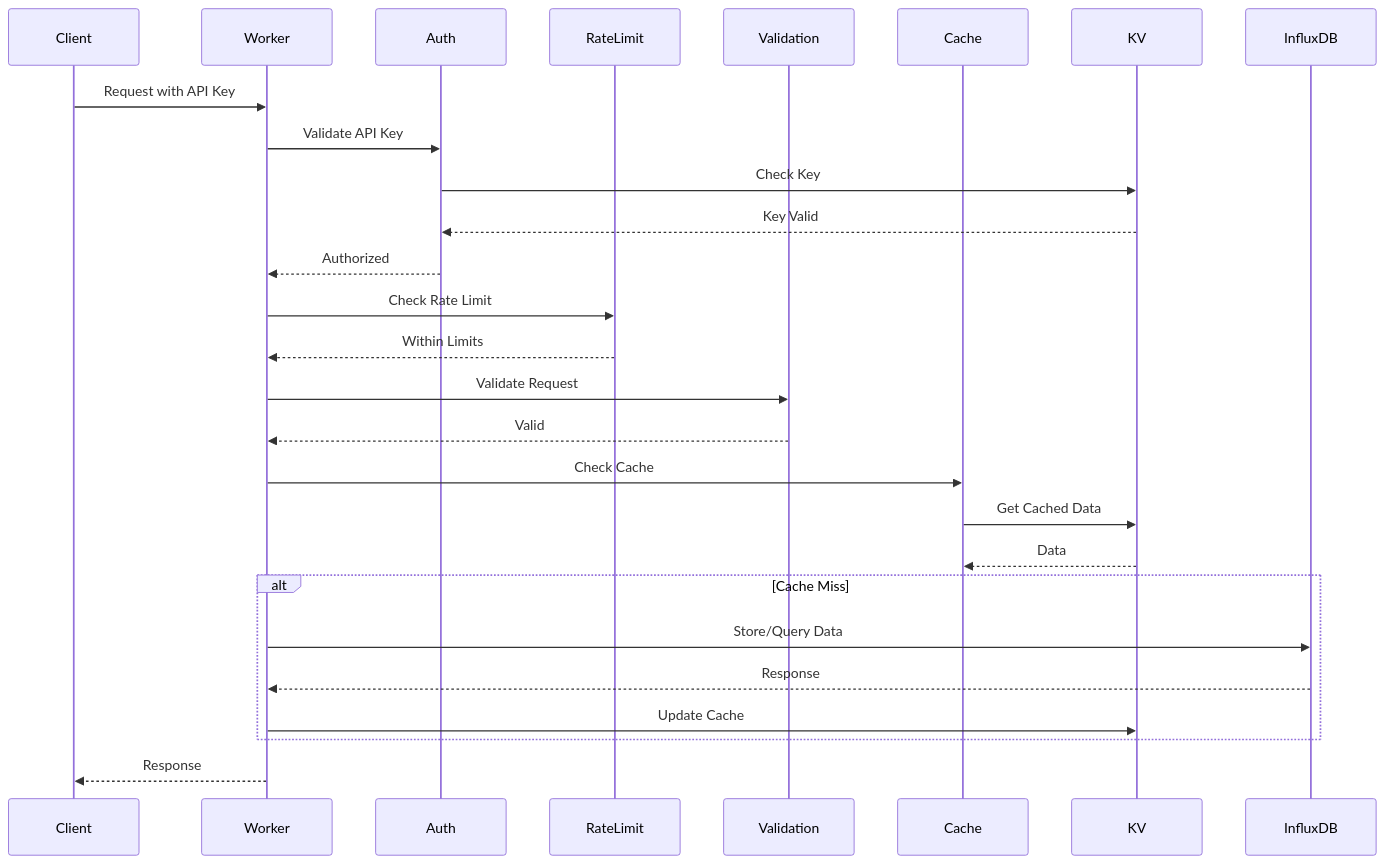
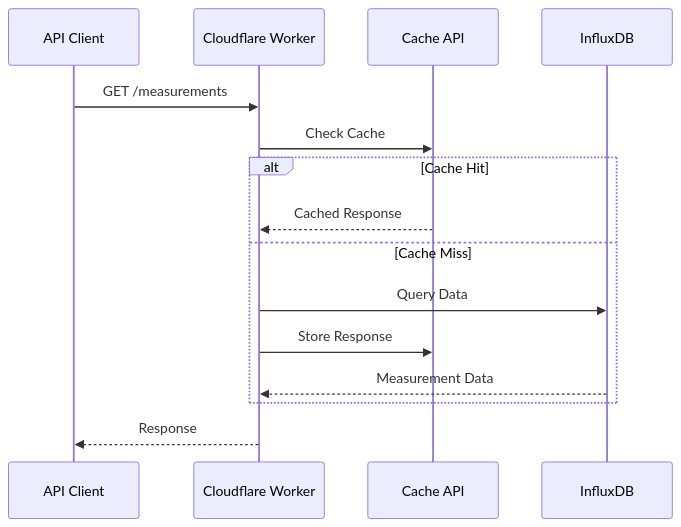
One commit to veilands/cf-learn changed the fourth of 5 diagrams in docs/architecture.md. Above: the diagram before and after it, drawn with Mermaid. The commit also changed other lines of this file and 39 other files, not shown here.

First line of the commit message:
docs: update API documentation with cache management endpoints

````diff
--- a/docs/architecture.md
+++ b/docs/architecture.md
@@ -17,30 +189,18 @@
 ```mermaid
 sequenceDiagram
-    participant Client
-    participant Worker
-    participant Auth
-    participant RateLimit
-    participant Validation
-    participant Cache
-    participant KV
-    participant InfluxDB
+    participant Client as API Client
+    participant Worker as Cloudflare Worker
+    participant Cache as Cache API
+    participant InfluxDB as InfluxDB
 
-    Client->>Worker: Request with API Key
-    Worker->>Auth: Validate API Key
-    Auth->>KV: Check Key
-    KV-->>Auth: Key Valid
-    Auth-->>Worker: Authorized
-    Worker->>RateLimit: Check Rate Limit
-    RateLimit-->>Worker: Within Limits
-    Worker->>Validation: Validate Request
-    Validation-->>Worker: Valid
+    Client->>Worker: GET /measurements
     Worker->>Cache: Check Cache
-    Cache->>KV: Get Cached Data
-    KV-->>Cache: Data
-    alt Cache Miss
-        Worker->>InfluxDB: Store/Query Data
-        InfluxDB-->>Worker: Response
-        Worker->>KV: Update Cache
+    alt Cache Hit
+        Cache-->>Worker: Cached Response
+    else Cache Miss
+        Worker->>InfluxDB: Query Data
+        Worker->>Cache: Store Response
+        InfluxDB-->>Worker: Measurement Data
     end
     Worker-->>Client: Response
 ```
````
